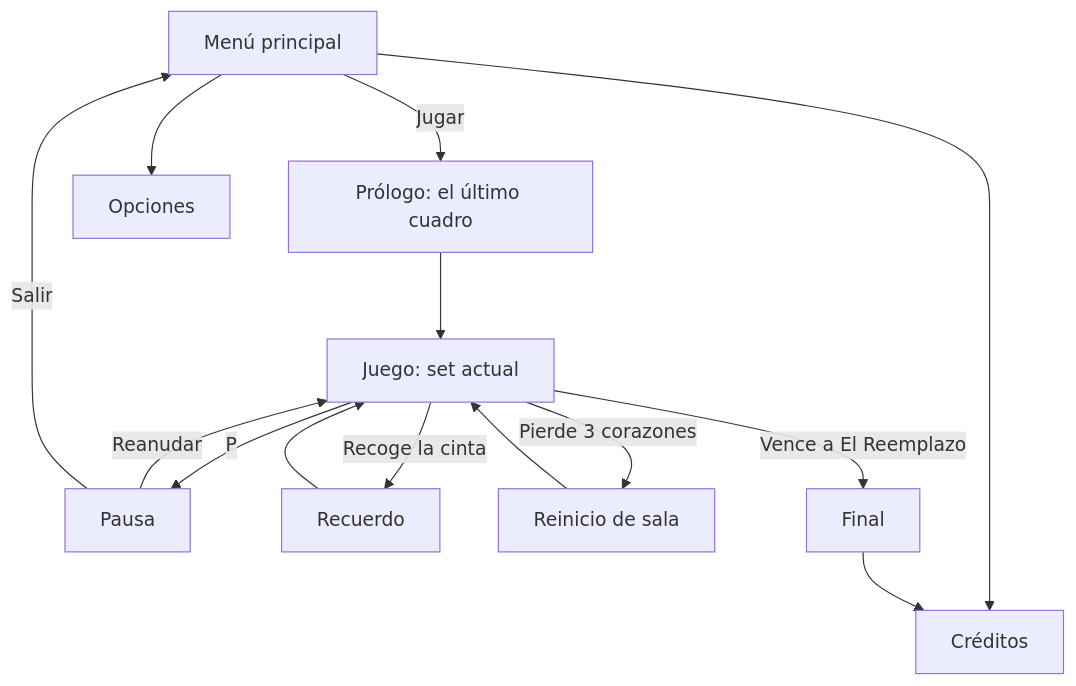
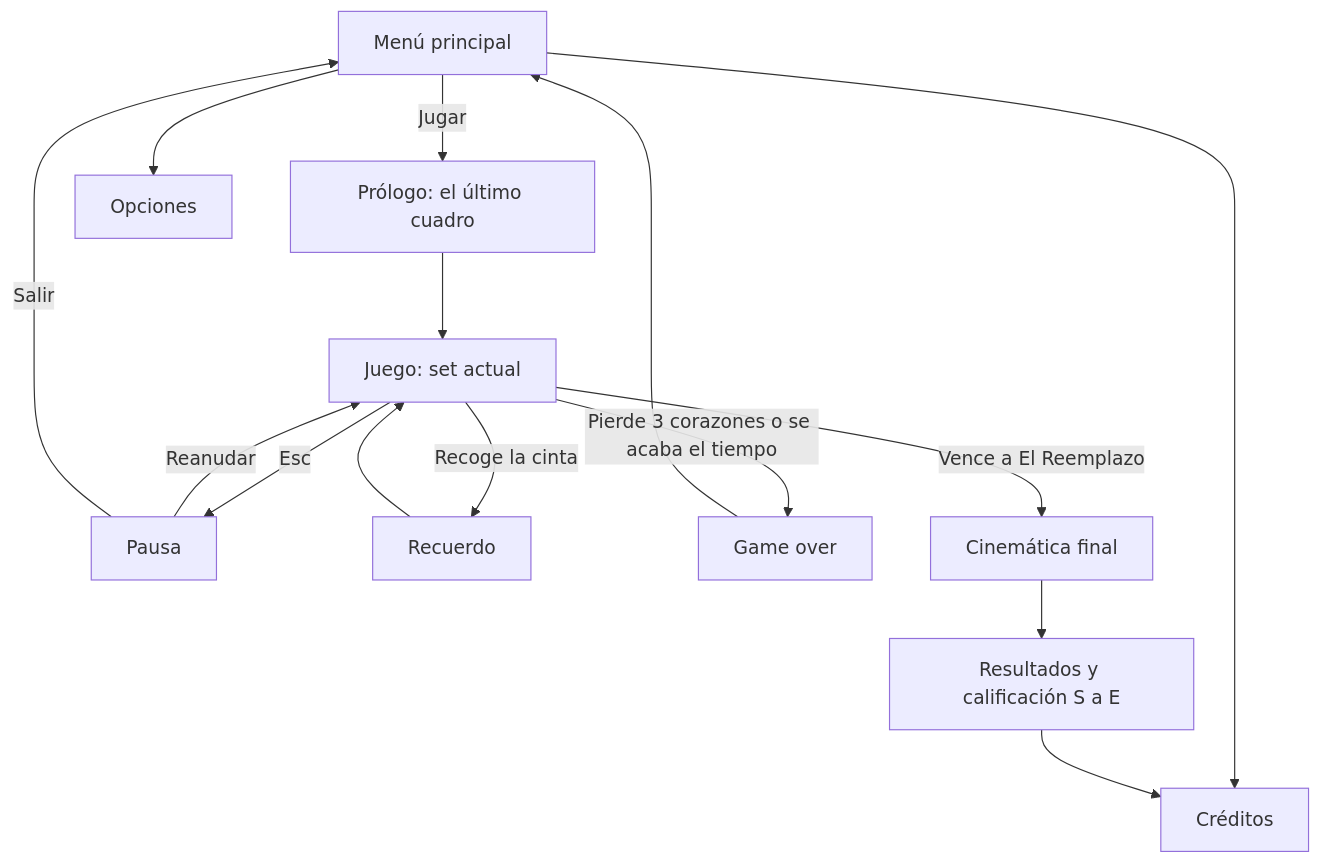
Before and after one commit to DannieLudens/last-frame-gdd: the diagram in content/es/07-tecnico.md, drawn with Mermaid. The commit also changed other lines of this file and 20 other files, not shown here.

````diff
--- a/content/es/07-tecnico.md
+++ b/content/es/07-tecnico.md
@@ -5,16 +7,17 @@
 ```mermaid
 flowchart TD
   A[Menú principal] -->|Jugar| B[Prólogo: el último cuadro]
   A --> O[Opciones]
   A --> C[Créditos]
   B --> J[Juego: set actual]
-  J -->|P| P[Pausa]
+  J -->|Esc| P[Pausa]
   P -->|Reanudar| J
   P -->|Salir| A
   J -->|Recoge la cinta| R[Recuerdo]
   R --> J
-  J -->|Pierde 3 corazones| X[Reinicio de sala]
-  X --> J
-  J -->|Vence a El Reemplazo| F[Final]
-  F --> C
+  J -->|Pierde 3 corazones o se acaba el tiempo| G[Game over]
+  G --> A
+  J -->|Vence a El Reemplazo| F[Cinemática final]
+  F --> S[Resultados y calificación S a E]
+  S --> C
 ```
````
